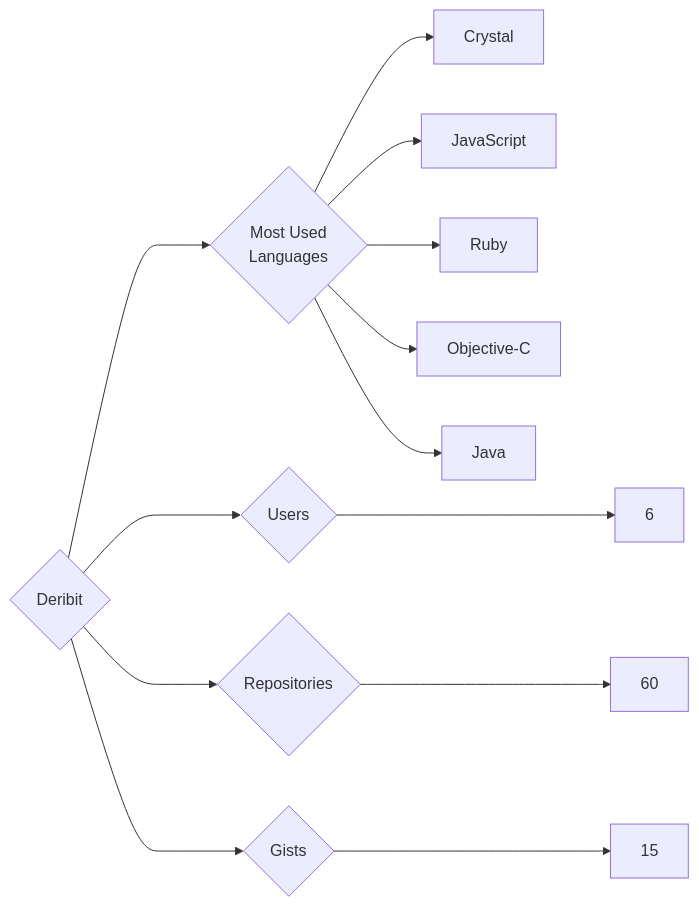
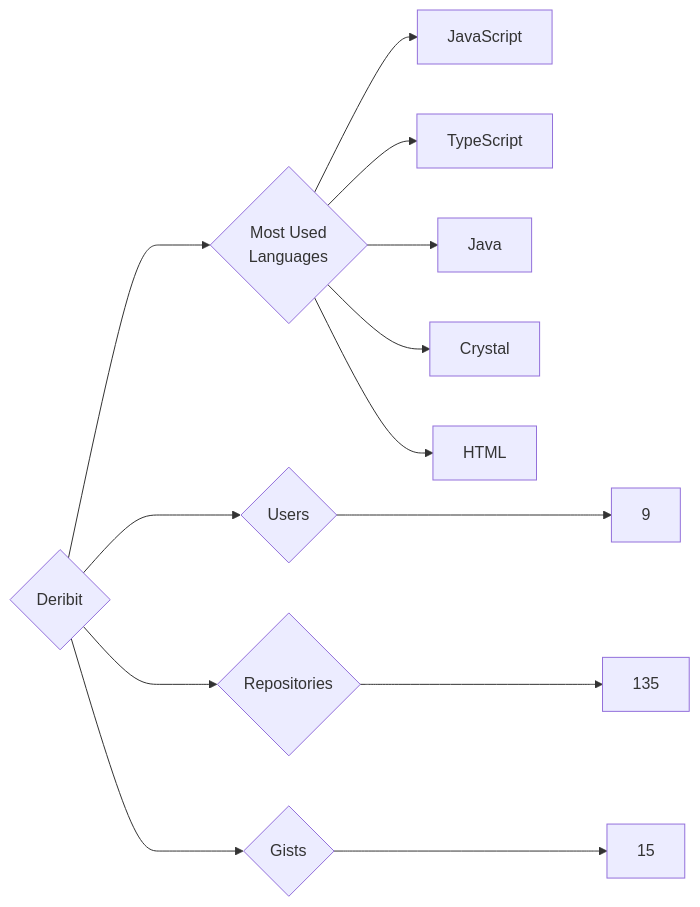
The diagram in targets/Deribit/README.md (trickest/insiders), drawn with Mermaid before and after one commit. The commit also changed 944 other files, not shown here.

````diff
--- a/targets/Deribit/README.md
+++ b/targets/Deribit/README.md
@@ -3,13 +3,13 @@
 ```mermaid
 graph LR
 COMPANY_NAME{Deribit}
-COMPANY_NAME ---> U{Users} ---> UN[6]
-COMPANY_NAME ---> R{Repositories} ---> RN[60]
+COMPANY_NAME ---> U{Users} ---> UN[9]
+COMPANY_NAME ---> R{Repositories} ---> RN[135]
 COMPANY_NAME ---> G{Gists} ---> GN[15]
 COMPANY_NAME ---> ML{Most Used<br>Languages}
+ML --> JavaScript[JavaScript]
+ML --> TypeScript[TypeScript]
+ML --> Java[Java]
 ML --> Crystal[Crystal]
-ML --> JavaScript[JavaScript]
-ML --> Ruby[Ruby]
-ML --> Objective-C[Objective-C]
-ML --> Java[Java]
+ML --> HTML[HTML]
 ```
````
